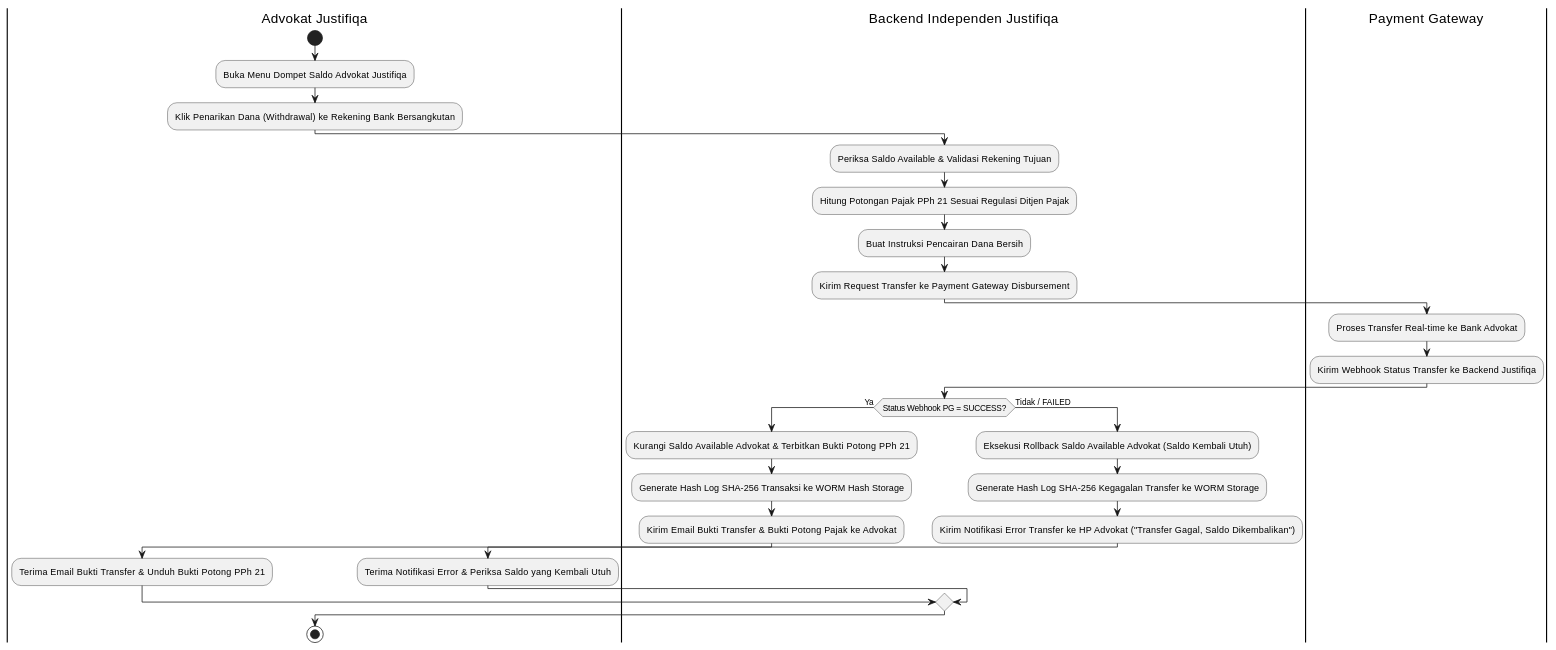
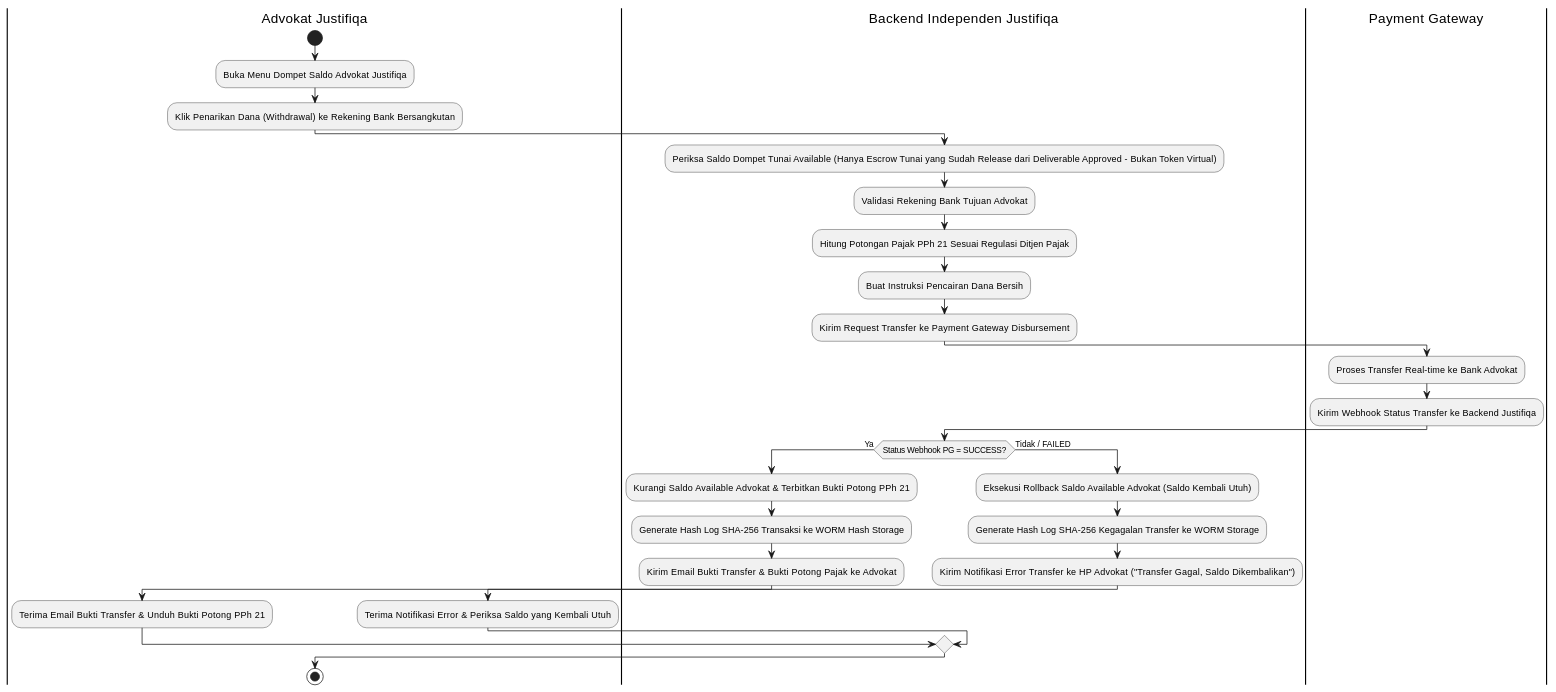
One commit to tupperwureism/SuperApp-Gagal changed diagram 11 of 28 in MarkDown/plantuml_activity_diagrams.md. Above: the diagram before and after it, drawn with PlantUML. The commit also changed other lines of this file and 1 other file, not shown here.

Commit message:
feat(uml): sync Deliverable-Triggered Escrow Release and Dual-Bucket Ledger across impacted diagrams (AD/SD-J-06, AD/SD-J-08, AD/SD-J-11)

````diff
--- a/MarkDown/plantuml_activity_diagrams.md
+++ b/MarkDown/plantuml_activity_diagrams.md
@@ -645,35 +661,36 @@
 ```plantuml
 @startuml
 |Advokat Justifiqa|
 start
 :Buka Menu Dompet Saldo Advokat Justifiqa;
 :Klik Penarikan Dana (Withdrawal) ke Rekening Bank Bersangkutan;
 
 |Backend Independen Justifiqa|
-:Periksa Saldo Available & Validasi Rekening Tujuan;
+:Periksa Saldo Dompet Tunai Available (Hanya Escrow Tunai yang Sudah Release dari Deliverable Approved - Bukan Token Virtual);
+:Validasi Rekening Bank Tujuan Advokat;
 :Hitung Potongan Pajak PPh 21 Sesuai Regulasi Ditjen Pajak;
 :Buat Instruksi Pencairan Dana Bersih;
 :Kirim Request Transfer ke Payment Gateway Disbursement;
 
 |Payment Gateway|
 :Proses Transfer Real-time ke Bank Advokat;
 :Kirim Webhook Status Transfer ke Backend Justifiqa;
 
 |Backend Independen Justifiqa|
 if (Status Webhook PG = SUCCESS?) then (Ya)
   :Kurangi Saldo Available Advokat & Terbitkan Bukti Potong PPh 21;
   :Generate Hash Log SHA-256 Transaksi ke WORM Hash Storage;
   :Kirim Email Bukti Transfer & Bukti Potong Pajak ke Advokat;
   |Advokat Justifiqa|
   :Terima Email Bukti Transfer & Unduh Bukti Potong PPh 21;
 else (Tidak / FAILED)
   |Backend Independen Justifiqa|
   :Eksekusi Rollback Saldo Available Advokat (Saldo Kembali Utuh);
   :Generate Hash Log SHA-256 Kegagalan Transfer ke WORM Storage;
   :Kirim Notifikasi Error Transfer ke HP Advokat ("Transfer Gagal, Saldo Dikembalikan");
   |Advokat Justifiqa|
   :Terima Notifikasi Error & Periksa Saldo yang Kembali Utuh;
 endif
 stop
 @enduml
 ```
````
